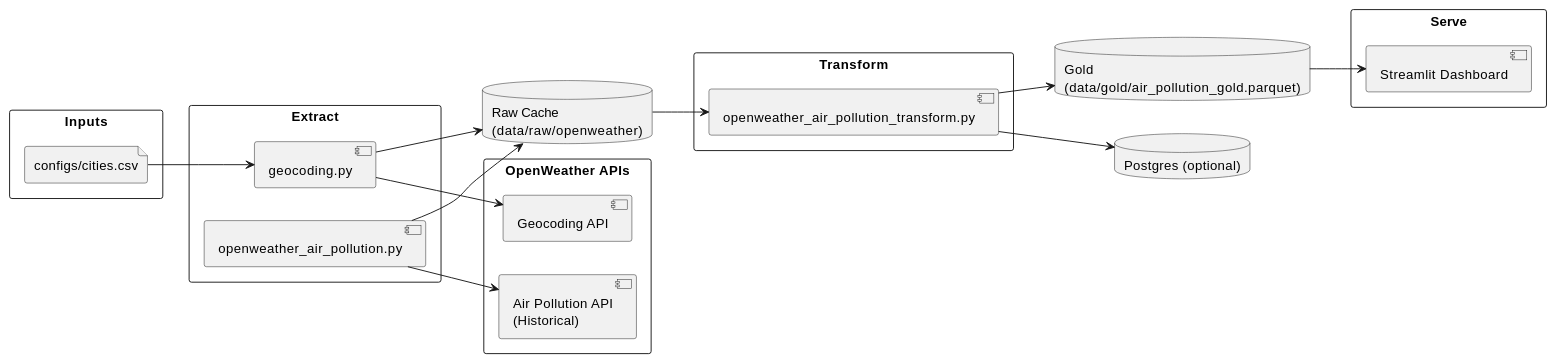
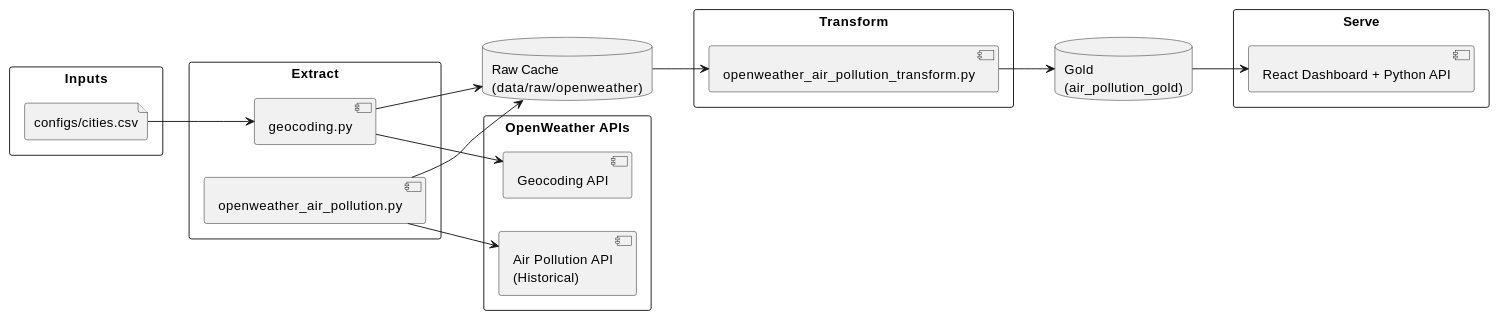
The diagram in docs/architecture/data_flow_diagram.md (Code-the-Dream-School/practicum-city-air-tracker), drawn with PlantUML before and after one commit. The commit also changed 13 other files, not shown here.

Commit message:
AIR-007.2 Refactor React dashboard architecture

````diff
--- a/docs/architecture/data_flow_diagram.md
+++ b/docs/architecture/data_flow_diagram.md
@@ -3,44 +3,42 @@
 ```plantuml
 @startuml
 left to right direction
 
 rectangle "Inputs" {
   file "configs/cities.csv" as CITIES
 }
 
 rectangle "OpenWeather APIs" {
   [Geocoding API] as GEOAPI
   [Air Pollution API\n(Historical)] as AIRAPI
 }
 
 rectangle "Extract" {
   [geocoding.py] as GEO
   [openweather_air_pollution.py] as EX
 }
 
 database "Raw Cache\n(data/raw/openweather)" as RAW
 
 rectangle "Transform" {
   [openweather_air_pollution_transform.py] as TR
 }
 
-database "Gold\n(data/gold/air_pollution_gold.parquet)" as GOLD
-database "Postgres (optional)" as PG
+database "Gold\n(air_pollution_gold)" as GOLD
 rectangle "Serve" {
-  [Streamlit Dashboard] as DASH
+  [React Dashboard + Python API] as DASH
 }
 
 CITIES --> GEO
 GEO --> GEOAPI
 GEO --> RAW
 
 EX --> AIRAPI
 EX --> RAW
 
 RAW --> TR
 TR --> GOLD
-TR --> PG
 
 GOLD --> DASH
 @enduml
 ```
````
